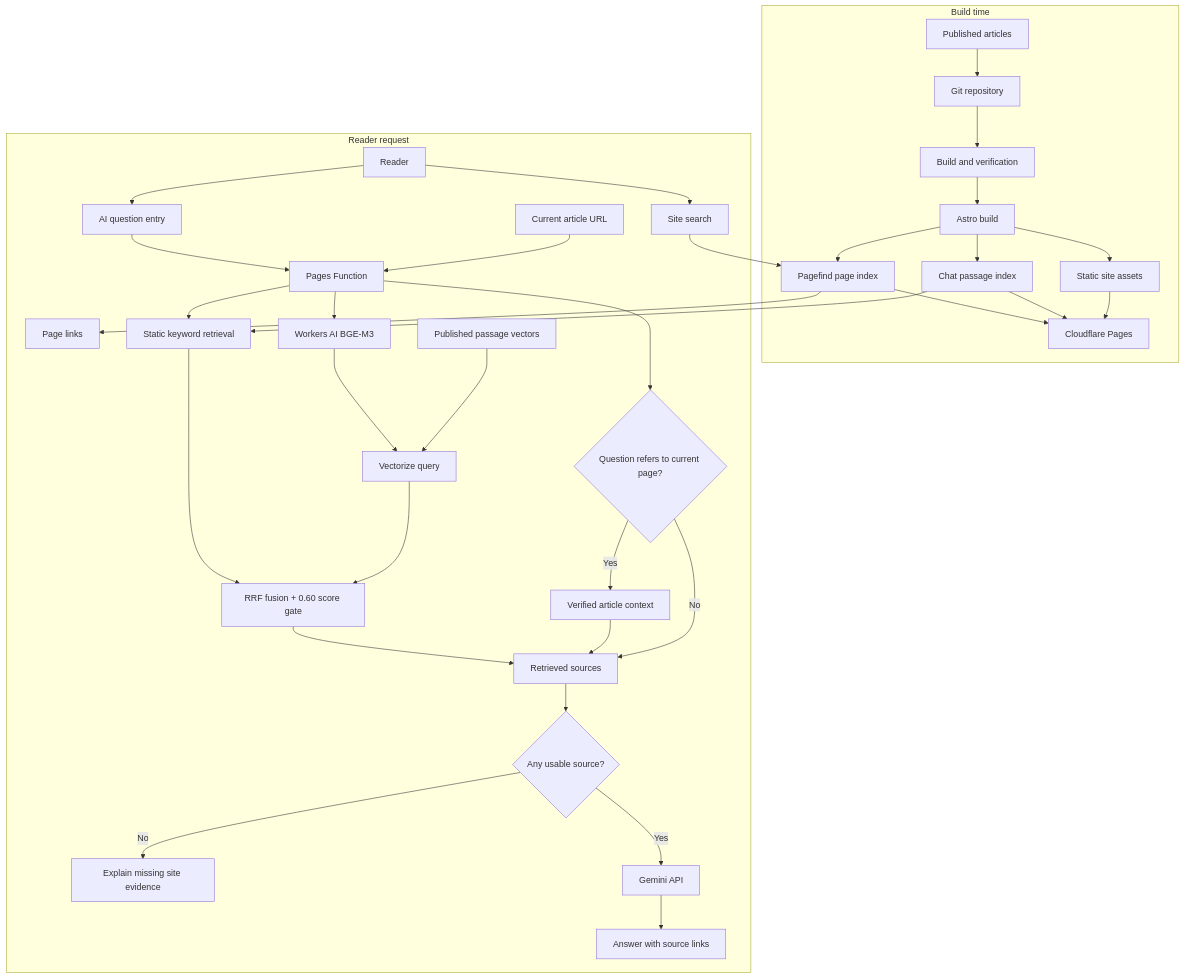
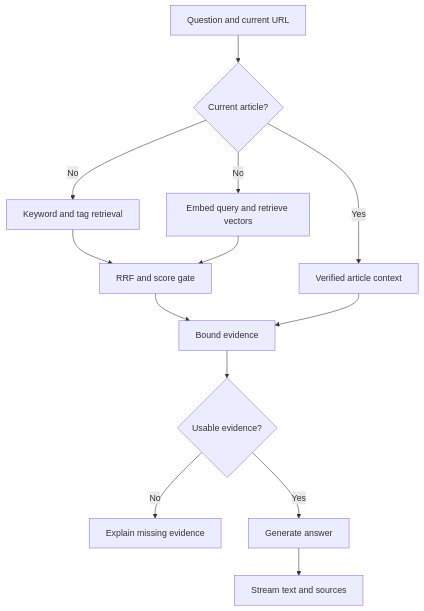
The second of 2 diagrams in src/content/writing/2026/10/blog-rag-retrieval-experiment/zh.md (Liyuk/liyuk.github.io), drawn with Mermaid before and after one commit. The commit also changed other lines of this file and 1 other file, not shown here.

Commit message:
Publish blog retrieval experiment article

````diff
--- a/src/content/writing/2026/10/blog-rag-retrieval-experiment/zh.md
+++ b/src/content/writing/2026/10/blog-rag-retrieval-experiment/zh.md
@@ -278,39 +314,17 @@
 ```mermaid
 flowchart TB
-    subgraph Build["Build time"]
-        Content["Published articles"] --> Git["Git repository"]
-        Git --> CI["Build and verification"]
-        CI --> Astro["Astro build"]
-        Astro --> SearchIndex["Pagefind page index"]
-        Astro --> ChatIndex["Chat passage index"]
-        Astro --> Site["Static site assets"]
-        SearchIndex --> Pages["Cloudflare Pages"]
-        ChatIndex --> Pages
-        Site --> Pages
-    end
-
-    subgraph Request["Reader request"]
-        Reader["Reader"] --> Search["Site search"]
-        Search --> SearchIndex
-        SearchIndex --> Links["Page links"]
-        Reader --> Chat["AI question entry"]
-        Chat --> Function["Pages Function"]
-        CurrentURL["Current article URL"] --> Function
-        Function --> Keyword["Static keyword retrieval"]
-        ChatIndex --> Keyword
-        Function --> Embed["Workers AI BGE-M3"]
-        Embed --> VectorQuery["Vectorize query"]
-        VectorIndex["Published passage vectors"] --> VectorQuery
-        Keyword --> Merge["RRF fusion + 0.60 score gate"]
-        VectorQuery --> Merge
-        Function --> Scope{"Question refers to current page?"}
-        Scope -->|"Yes"| Context["Verified article context"]
-        Merge --> Evidence["Retrieved sources"]
-        Context --> Evidence
-        Scope -->|"No"| Evidence
-        Evidence --> Enough{"Any usable source?"}
-        Enough -->|"No"| Fallback["Explain missing site evidence"]
-        Enough -->|"Yes"| Gemini["Gemini API"]
-        Gemini --> Answer["Answer with source links"]
-    end
+    accTitle: Online retrieval and answering
+    accDescr: Questions use verified article context or hybrid retrieval, then bounded evidence supports a streamed answer.
+    Question["Question and current URL"] --> Scope{"Current article?"}
+    Scope -->|"Yes"| Context["Verified article context"]
+    Scope -->|"No"| Keyword["Keyword and tag retrieval"]
+    Scope -->|"No"| Vector["Embed query and retrieve vectors"]
+    Keyword --> Merge["RRF and score gate"]
+    Vector --> Merge
+    Merge --> Evidence["Bound evidence"]
+    Context --> Evidence
+    Evidence --> Enough{"Usable evidence?"}
+    Enough -->|"No"| Fallback["Explain missing evidence"]
+    Enough -->|"Yes"| Gemini["Generate answer"]
+    Gemini --> Answer["Stream text and sources"]
 ```
````
